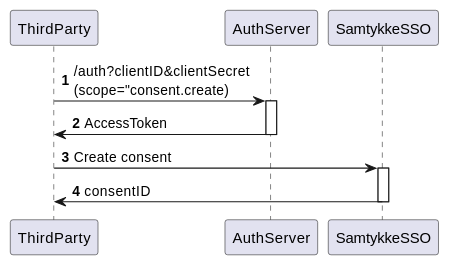
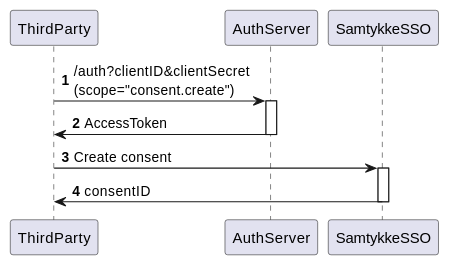
The diagram in docs/consent/README.md (norskgjeld/dokumentasjon-test), drawn with PlantUML before and after one commit.

Commit message:
Fix missing quote mark

````diff
--- a/docs/consent/README.md
+++ b/docs/consent/README.md
@@ -173,13 +173,13 @@
 ```plantuml
 @startuml consentsCreatedOutSideNoGiSequence
 autonumber
-ThirdParty -> AuthServer: /auth?clientID&clientSecret \n(scope="consent.create)
+ThirdParty -> AuthServer: /auth?clientID&clientSecret \n(scope="consent.create")
 activate AuthServer
 AuthServer -> ThirdParty: AccessToken
 deactivate AuthServer
 ThirdParty -> SamtykkeSSO: Create consent
 activate SamtykkeSSO
 SamtykkeSSO -> ThirdParty: consentID
 deactivate SamtykkeSSO
 @enduml
 ```
````
